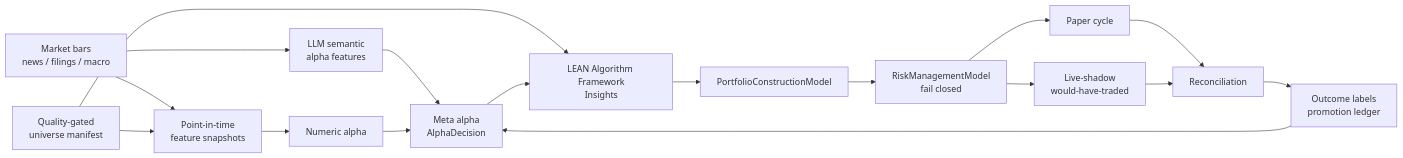
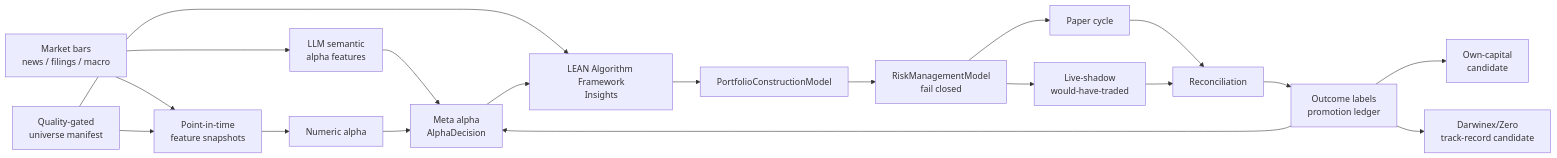
The first of 13 diagrams in README.md (gigio1023/lincei-quant-research-engine), drawn with Mermaid before and after one commit. The commit also changed other lines of this file and 14 other files, not shown here.

````diff
--- a/README.md
+++ b/README.md
@@ -22,19 +37,21 @@
 ```mermaid
 flowchart LR
     RAW["Market bars<br/>news / filings / macro"] --> FS["Point-in-time<br/>feature snapshots"]
     MANIFEST["Quality-gated<br/>universe manifest"] --> FS
     MANIFEST --> LEAN
     RAW --> LLMFEAT["LLM semantic<br/>alpha features"]
     FS --> NUM["Numeric alpha"]
     LLMFEAT --> META["Meta alpha<br/>AlphaDecision"]
     NUM --> META
     META --> LEAN["LEAN Algorithm Framework<br/>Insights"]
     LEAN --> PC["PortfolioConstructionModel"]
     PC --> RISK["RiskManagementModel<br/>fail closed"]
     RISK --> PAPER["Paper cycle"]
     RISK --> SHADOW["Live-shadow<br/>would-have-traded"]
     PAPER --> RECON["Reconciliation"]
     SHADOW --> RECON
     RECON --> LEARN["Outcome labels<br/>promotion ledger"]
     LEARN --> META
+    LEARN --> OWN["Own-capital<br/>candidate"]
+    LEARN --> DZ["Darwinex/Zero<br/>track-record candidate"]
 ```
````
